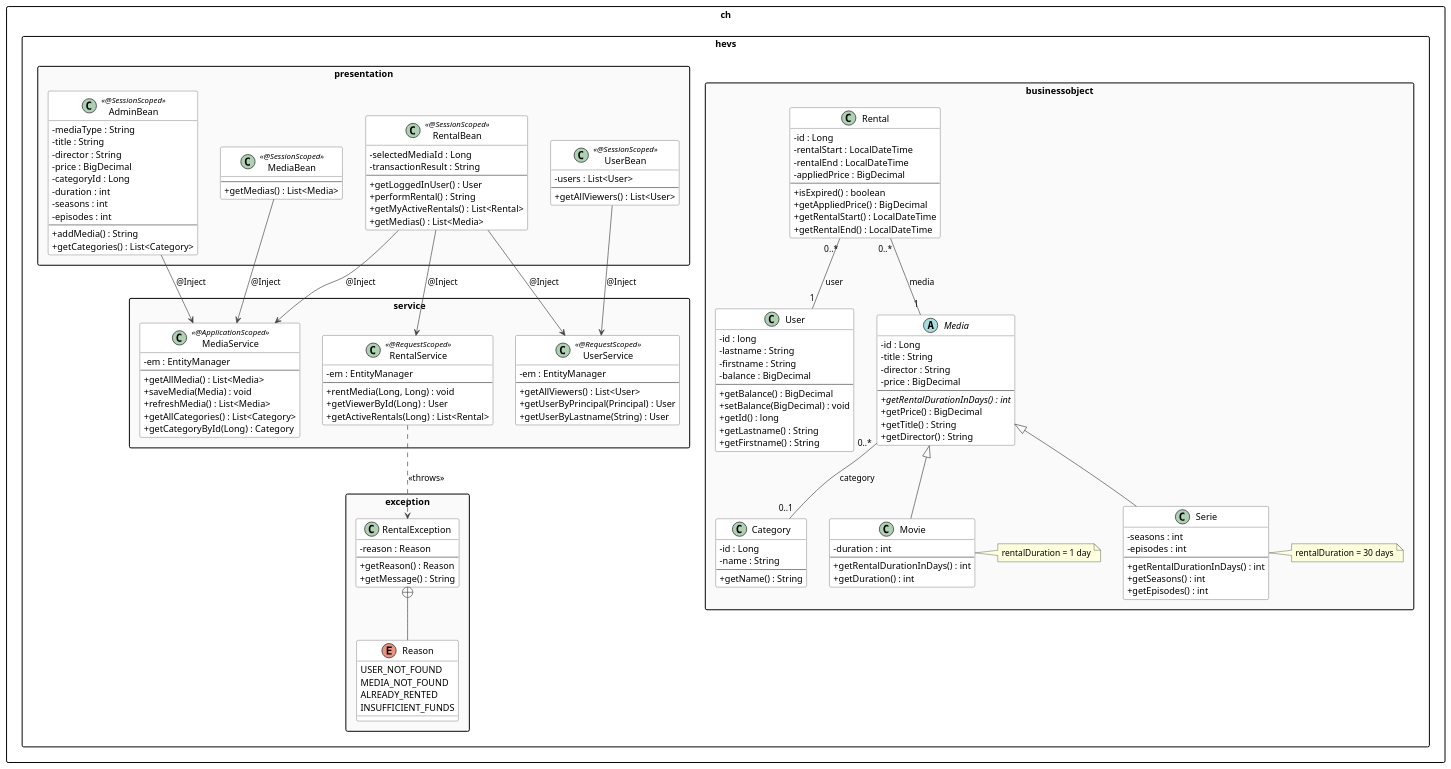
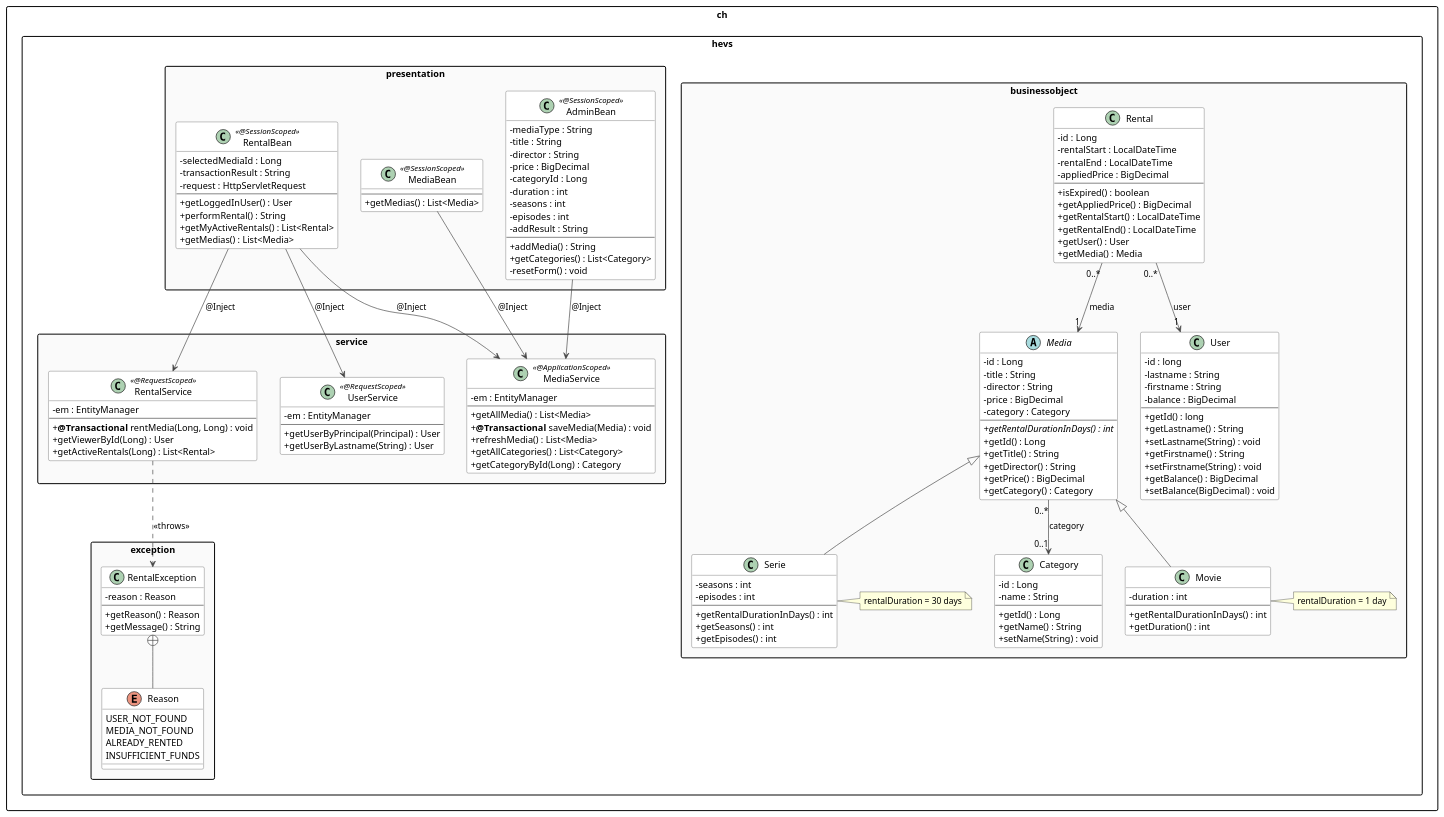
One commit to bearinthemountain/ImplementingServices changed the diagram in UML/class-diagram.puml. Above: the diagram before and after it, drawn with PlantUML. The commit also changed 6 other files, not shown here.

Commit message:
refactor(presentation): update RentalBean to use UserService for auth

```diff
--- a/UML/class-diagram.puml
+++ b/UML/class-diagram.puml
@@ -1,192 +1,196 @@
 @startuml class-diagram
 skinparam classAttributeIconSize 0
 skinparam packageStyle rectangle
 skinparam class {
   BackgroundColor White
   BorderColor #444
   ArrowColor #444
 }
 skinparam stereotype {
   CBackgroundColor #E8F4FD
   CBorderColor #2980B9
 }
 
 ' ══════════════════════════════════════════
 '  BUSINESS OBJECTS
 ' ══════════════════════════════════════════
 package "ch.hevs.businessobject" #FAFAFA {
 
   class User {
     - id : long
     - lastname : String
     - firstname : String
     - balance : BigDecimal
     --
+    + getId() : long
+    + getLastname() : String
+    + setLastname(String) : void
+    + getFirstname() : String
+    + setFirstname(String) : void
     + getBalance() : BigDecimal
     + setBalance(BigDecimal) : void
-    + getId() : long
-    + getLastname() : String
-    + getFirstname() : String
   }
 
   abstract class Media {
     - id : Long
     - title : String
     - director : String
     - price : BigDecimal
+    - category : Category
     --
     + {abstract} getRentalDurationInDays() : int
-    + getPrice() : BigDecimal
+    + getId() : Long
     + getTitle() : String
     + getDirector() : String
+    + getPrice() : BigDecimal
+    + getCategory() : Category
   }
 
   class Movie {
     - duration : int
     --
     + getRentalDurationInDays() : int
     + getDuration() : int
   }
   note right of Movie : rentalDuration = 1 day
 
   class Serie {
     - seasons : int
     - episodes : int
     --
     + getRentalDurationInDays() : int
     + getSeasons() : int
     + getEpisodes() : int
   }
   note right of Serie : rentalDuration = 30 days
 
   class Category {
     - id : Long
     - name : String
     --
+    + getId() : Long
     + getName() : String
+    + setName(String) : void
   }
 
   class Rental {
     - id : Long
     - rentalStart : LocalDateTime
     - rentalEnd : LocalDateTime
     - appliedPrice : BigDecimal
     --
     + isExpired() : boolean
     + getAppliedPrice() : BigDecimal
     + getRentalStart() : LocalDateTime
     + getRentalEnd() : LocalDateTime
+    + getUser() : User
+    + getMedia() : Media
   }
 
   Media <|-- Movie
   Media <|-- Serie
-  Media "0..*" -- "0..1" Category : category
-  Rental "0..*" -- "1" User    : user
-  Rental "0..*" -- "1" Media   : media
+  Media "0..*" --> "0..1" Category : category
+  Rental "0..*" --> "1" User    : user
+  Rental "0..*" --> "1" Media   : media
 }
 
 ' ══════════════════════════════════════════
 '  EXCEPTION
 ' ══════════════════════════════════════════
 package "ch.hevs.exception" #FAFAFA {
 
   class RentalException {
     - reason : Reason
     --
     + getReason() : Reason
     + getMessage() : String
   }
 
   enum Reason {
     USER_NOT_FOUND
     MEDIA_NOT_FOUND
     ALREADY_RENTED
     INSUFFICIENT_FUNDS
   }
 
   RentalException +-- Reason
 }
 
 ' ══════════════════════════════════════════
 '  SERVICE LAYER
 ' ══════════════════════════════════════════
 package "ch.hevs.service" #FAFAFA {
 
   class MediaService <<@ApplicationScoped>> {
     - em : EntityManager
     --
     + getAllMedia() : List<Media>
-    + saveMedia(Media) : void
+    + {method} <b>@Transactional</b> saveMedia(Media) : void
     + refreshMedia() : List<Media>
     + getAllCategories() : List<Category>
     + getCategoryById(Long) : Category
   }
 
   class RentalService <<@RequestScoped>> {
     - em : EntityManager
     --
-    + rentMedia(Long, Long) : void
+    + {method} <b>@Transactional</b> rentMedia(Long, Long) : void
     + getViewerById(Long) : User
     + getActiveRentals(Long) : List<Rental>
   }
 
   class UserService <<@RequestScoped>> {
     - em : EntityManager
     --
-    + getAllViewers() : List<User>
     + getUserByPrincipal(Principal) : User
     + getUserByLastname(String) : User
   }
 
   RentalService ..> RentalException : <<throws>>
 }
 
 ' ══════════════════════════════════════════
 '  PRESENTATION LAYER
 ' ══════════════════════════════════════════
 package "ch.hevs.presentation" #FAFAFA {
 
   class AdminBean <<@SessionScoped>> {
     - mediaType : String
     - title : String
     - director : String
     - price : BigDecimal
     - categoryId : Long
     - duration : int
     - seasons : int
     - episodes : int
+    - addResult : String
     --
     + addMedia() : String
     + getCategories() : List<Category>
+    - resetForm() : void
   }
 
   class RentalBean <<@SessionScoped>> {
     - selectedMediaId : Long
     - transactionResult : String
+    - request : HttpServletRequest
     --
     + getLoggedInUser() : User
     + performRental() : String
     + getMyActiveRentals() : List<Rental>
     + getMedias() : List<Media>
   }
 
   class MediaBean <<@SessionScoped>> {
     --
     + getMedias() : List<Media>
   }
 
-  class UserBean <<@SessionScoped>> {
-    - users : List<User>
-    --
-    + getAllViewers() : List<User>
-  }
-
   AdminBean  --> MediaService  : @Inject
   RentalBean --> RentalService : @Inject
   RentalBean --> MediaService  : @Inject
   RentalBean --> UserService   : @Inject
   MediaBean  --> MediaService  : @Inject
-  UserBean   --> UserService   : @Inject
 }
 
 @enduml
```
